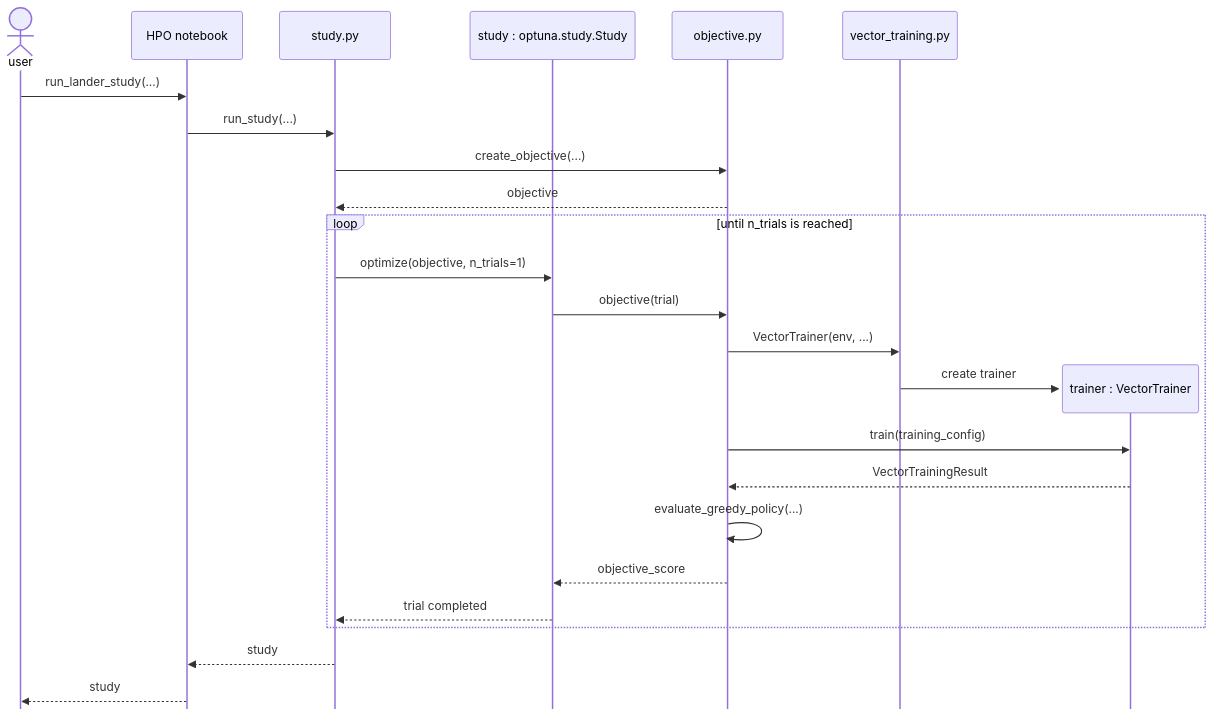
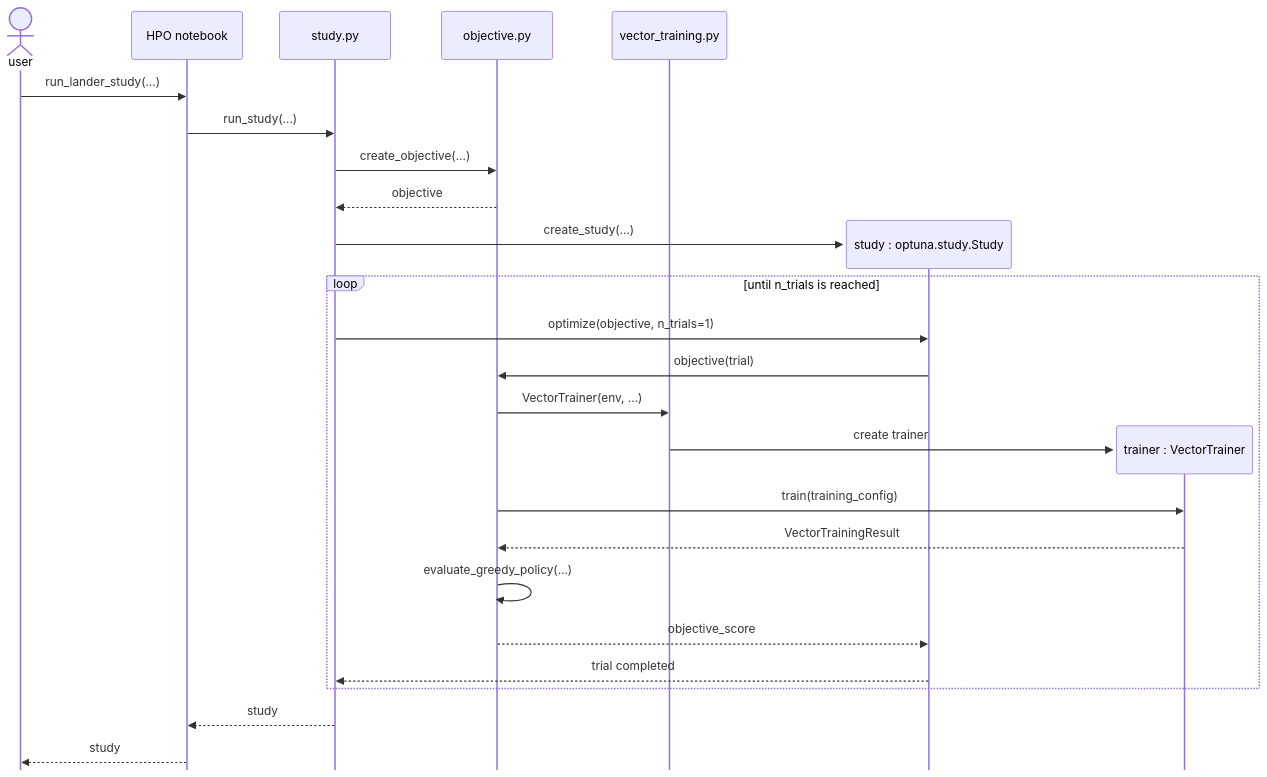
Before and after one commit to miwehle/rl_lab: the diagram in hpo/sequence_diagram.md, drawn with Mermaid.

Commit message:
create richtig

````diff
--- a/hpo/sequence_diagram.md
+++ b/hpo/sequence_diagram.md
@@ -3,31 +3,32 @@
 ```mermaid
 %%{init: {"sequence": {"mirrorActors": false}}}%%
 sequenceDiagram
     actor user
     participant notebook as HPO notebook
     participant study_module as study.py
-    participant study as study : optuna.study.Study
     participant objective as objective.py
     participant vector_training as vector_training.py
 
     user->>notebook: run_lander_study(...)
     notebook->>study_module: run_study(...)
     study_module->>objective: create_objective(...)
     objective-->>study_module: objective
+    create participant study as study : optuna.study.Study
+    study_module->>study: create_study(...)
 
     loop until n_trials is reached
         study_module->>study: optimize(objective, n_trials=1)
         study->>objective: objective(trial)
         objective->>vector_training: VectorTrainer(env, ...)
         create participant trainer as trainer : VectorTrainer
         vector_training->>trainer: create trainer
         objective->>trainer: train(training_config)
         trainer-->>objective: VectorTrainingResult
         objective->>objective: evaluate_greedy_policy(...)
         objective-->>study: objective_score
         study-->>study_module: trial completed
     end
 
     study_module-->>notebook: study
     notebook-->>user: study
 ```
````
